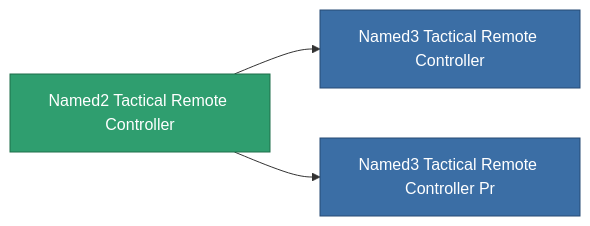
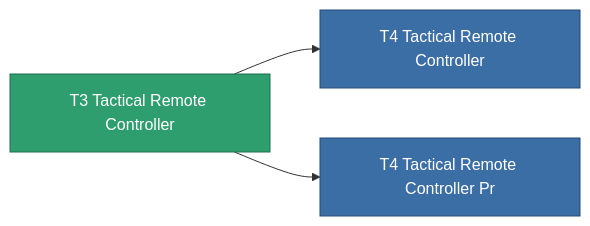
One commit to OpenPerpetuum/Wiki changed the diagram in content/content/items/named2_tactical_remote_controller.md. Above: the diagram before and after it, drawn with Mermaid. The commit also changed other lines of this file and 4904 other files, not shown here.

````diff
--- a/content/content/items/named2_tactical_remote_controller.md
+++ b/content/content/items/named2_tactical_remote_controller.md
@@ -82,13 +62,13 @@
 ```mermaid
 graph LR
-    a["Named2 Tactical Remote Controller"]:::current
-    b["Named3 Tactical Remote Controller"]:::prod
+    a["T3 Tactical Remote Controller"]:::current
+    b["T4 Tactical Remote Controller"]:::prod
     a --> b
-    click b "/content/items/named3-tactical-remote-controller/" "Named3 Tactical Remote Controller"
-    c["Named3 Tactical Remote Controller Pr"]:::prod
+    click b "/content/items/named3-tactical-remote-controller/" "T4 Tactical Remote Controller"
+    c["T4 Tactical Remote Controller Pr"]:::prod
     a --> c
-    click c "/content/items/named3-tactical-remote-controller-pr/" "Named3 Tactical Remote Controller Pr"
+    click c "/content/items/named3-tactical-remote-controller-pr/" "T4 Tactical Remote Controller Pr"
     classDef current fill:#2f9e6f,stroke:#1f6f4a,color:#ffffff
     classDef prod fill:#3b6ea5,stroke:#274a75,color:#ffffff
     classDef more fill:#39445a,stroke:#54658a,color:#d5dbe8
 ```
````
